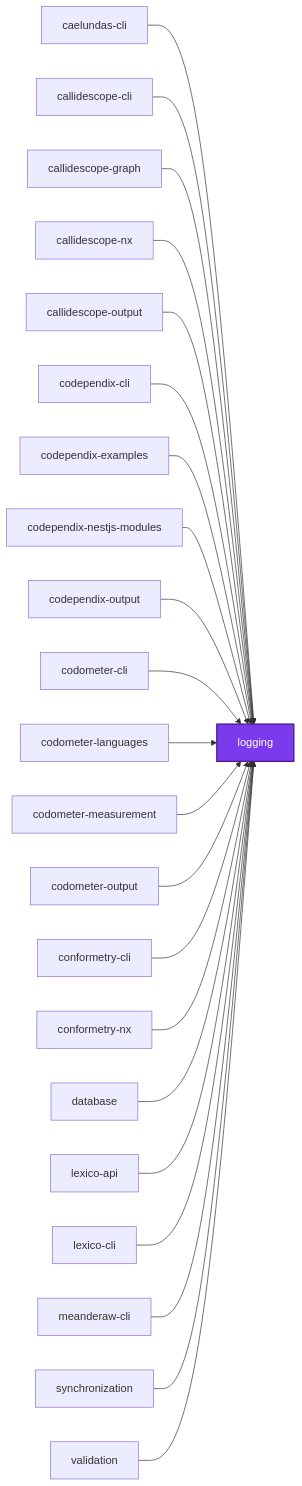
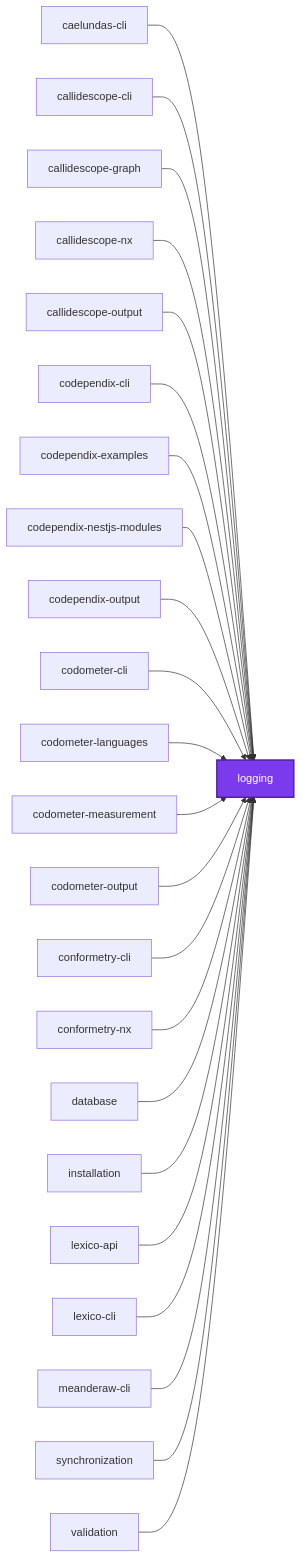
The first of 3 diagrams in projects/logging/README.md (organizzolini/codebase), drawn with Mermaid before and after one commit. The commit also changed 63 other files, not shown here.

````diff
--- a/projects/logging/README.md
+++ b/projects/logging/README.md
@@ -136,48 +136,50 @@
 ```mermaid
 graph LR
   caelundas_cli["caelundas-cli"]
   callidescope_cli["callidescope-cli"]
   callidescope_graph["callidescope-graph"]
   callidescope_nx["callidescope-nx"]
   callidescope_output["callidescope-output"]
   codependix_cli["codependix-cli"]
   codependix_examples["codependix-examples"]
   codependix_nestjs_modules["codependix-nestjs-modules"]
   codependix_output["codependix-output"]
   codometer_cli["codometer-cli"]
   codometer_languages["codometer-languages"]
   codometer_measurement["codometer-measurement"]
   codometer_output["codometer-output"]
   conformetry_cli["conformetry-cli"]
   conformetry_nx["conformetry-nx"]
   database["database"]
+  installation["installation"]
   lexico_api["lexico-api"]
   lexico_cli["lexico-cli"]
   logging["logging"]
   meanderaw_cli["meanderaw-cli"]
   synchronization["synchronization"]
   validation["validation"]
   caelundas_cli --> logging
   callidescope_cli --> logging
   callidescope_graph --> logging
   callidescope_nx --> logging
   callidescope_output --> logging
   codependix_cli --> logging
   codependix_examples --> logging
   codependix_nestjs_modules --> logging
   codependix_output --> logging
   codometer_cli --> logging
   codometer_languages --> logging
   codometer_measurement --> logging
   codometer_output --> logging
   conformetry_cli --> logging
   conformetry_nx --> logging
   database --> logging
+  installation --> logging
   lexico_api --> logging
   lexico_cli --> logging
   meanderaw_cli --> logging
   synchronization --> logging
   validation --> logging
   classDef subject fill:#7c3aed,color:#fff,stroke:#4c1d95,stroke-width:2px
   class logging subject
 ```
````
